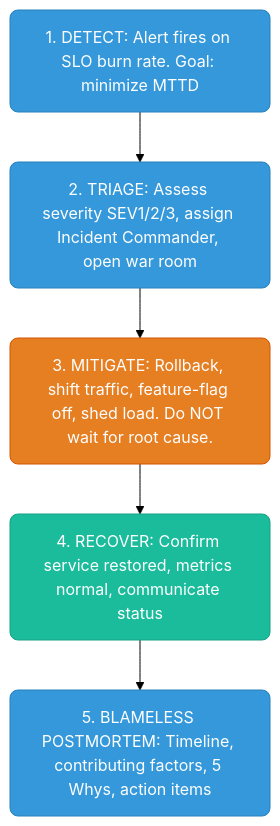
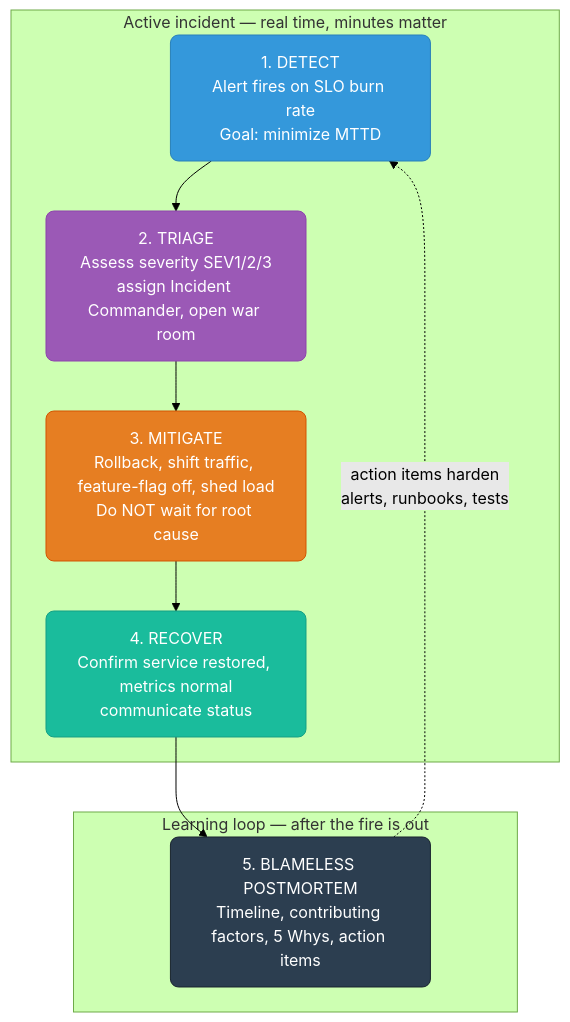
One commit to deepanshu-rawat6/DevOpsIndex changed the fourth of 5 diagrams in sre/sre-concepts.md. Above: the diagram before and after it, drawn with Mermaid (forest theme). The commit also changed other lines of this file and 10 other files, not shown here.

````diff
--- a/sre/sre-concepts.md
+++ b/sre/sre-concepts.md
@@ -332,18 +367,22 @@
 ```mermaid
 graph TD
-    classDef blue fill:#3498db,stroke:#2980b9,color:#fff,rx:8
-    classDef green fill:#2ecc71,stroke:#27ae60,color:#fff,rx:8
-    classDef red fill:#e74c3c,stroke:#c0392b,color:#fff,rx:8
-    classDef orange fill:#e67e22,stroke:#d35400,color:#fff,rx:8
-    classDef purple fill:#9b59b6,stroke:#8e44ad,color:#fff,rx:8
-    classDef teal fill:#1abc9c,stroke:#16a085,color:#fff,rx:8
-    classDef dark fill:#2c3e50,stroke:#1a252f,color:#fff,rx:8
-    classDef yellow fill:#f39c12,stroke:#d68910,color:#000,rx:8
-    classDef k8s fill:#326ce5,stroke:#254ea8,color:#fff,rx:8
-    classDef aws fill:#ff9900,stroke:#cc7a00,color:#000,rx:8
-    DETECT["1. DETECT: Alert fires on SLO burn rate. Goal: minimize MTTD"]:::blue --> TRIAGE
-    TRIAGE["2. TRIAGE: Assess severity SEV1/2/3, assign Incident Commander, open war room"]:::blue --> MITIGATE
-    MITIGATE["3. MITIGATE: Rollback, shift traffic, feature-flag off, shed load. Do NOT wait for root cause."]:::orange --> RECOVER
-    RECOVER["4. RECOVER: Confirm service restored, metrics normal, communicate status"]:::teal --> POSTMORTEM
-    POSTMORTEM["5. BLAMELESS POSTMORTEM: Timeline, contributing factors, 5 Whys, action items"]:::blue
+    classDef detect fill:#3498db,stroke:#2980b9,color:#fff,rx:8
+    classDef triage fill:#9b59b6,stroke:#8e44ad,color:#fff,rx:8
+    classDef mitigate fill:#e67e22,stroke:#d35400,color:#fff,rx:8
+    classDef recover fill:#1abc9c,stroke:#16a085,color:#fff,rx:8
+    classDef learn fill:#2c3e50,stroke:#1a252f,color:#fff,rx:8
+
+    subgraph ACTIVE["Active incident — real time, minutes matter"]
+        DETECT["1. DETECT<br/>Alert fires on SLO burn rate<br/>Goal: minimize MTTD"]:::detect --> TRIAGE
+        TRIAGE["2. TRIAGE<br/>Assess severity SEV1/2/3<br/>assign Incident Commander, open war room"]:::triage --> MITIGATE
+        MITIGATE["3. MITIGATE<br/>Rollback, shift traffic, feature-flag off, shed load<br/>Do NOT wait for root cause"]:::mitigate --> RECOVER
+        RECOVER["4. RECOVER<br/>Confirm service restored, metrics normal<br/>communicate status"]:::recover
+    end
+
+    subgraph LEARN["Learning loop — after the fire is out"]
+        POSTMORTEM["5. BLAMELESS POSTMORTEM<br/>Timeline, contributing factors, 5 Whys, action items"]:::learn
+    end
+
+    RECOVER --> POSTMORTEM
+    POSTMORTEM -.->|"action items harden<br/>alerts, runbooks, tests"| DETECT
 ```
````
